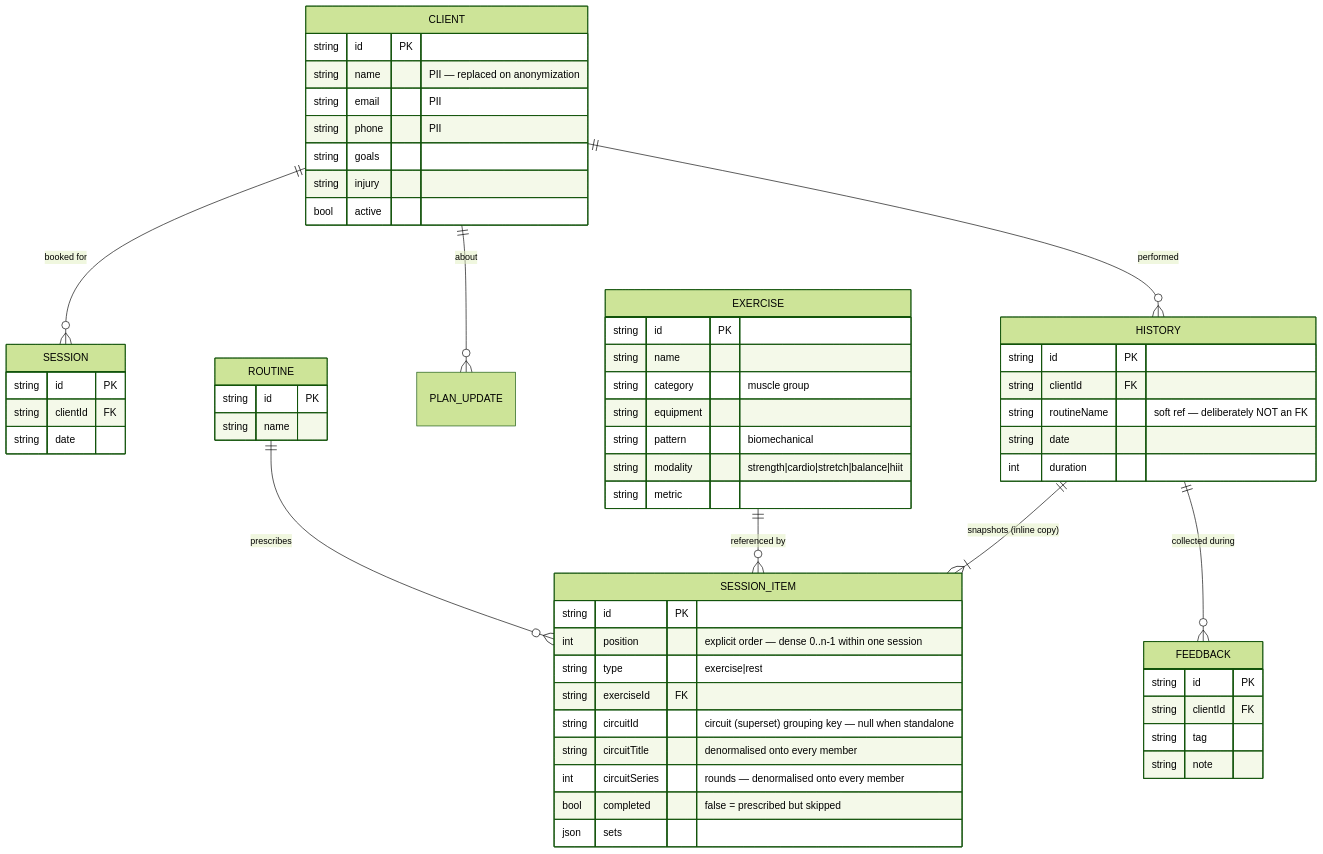
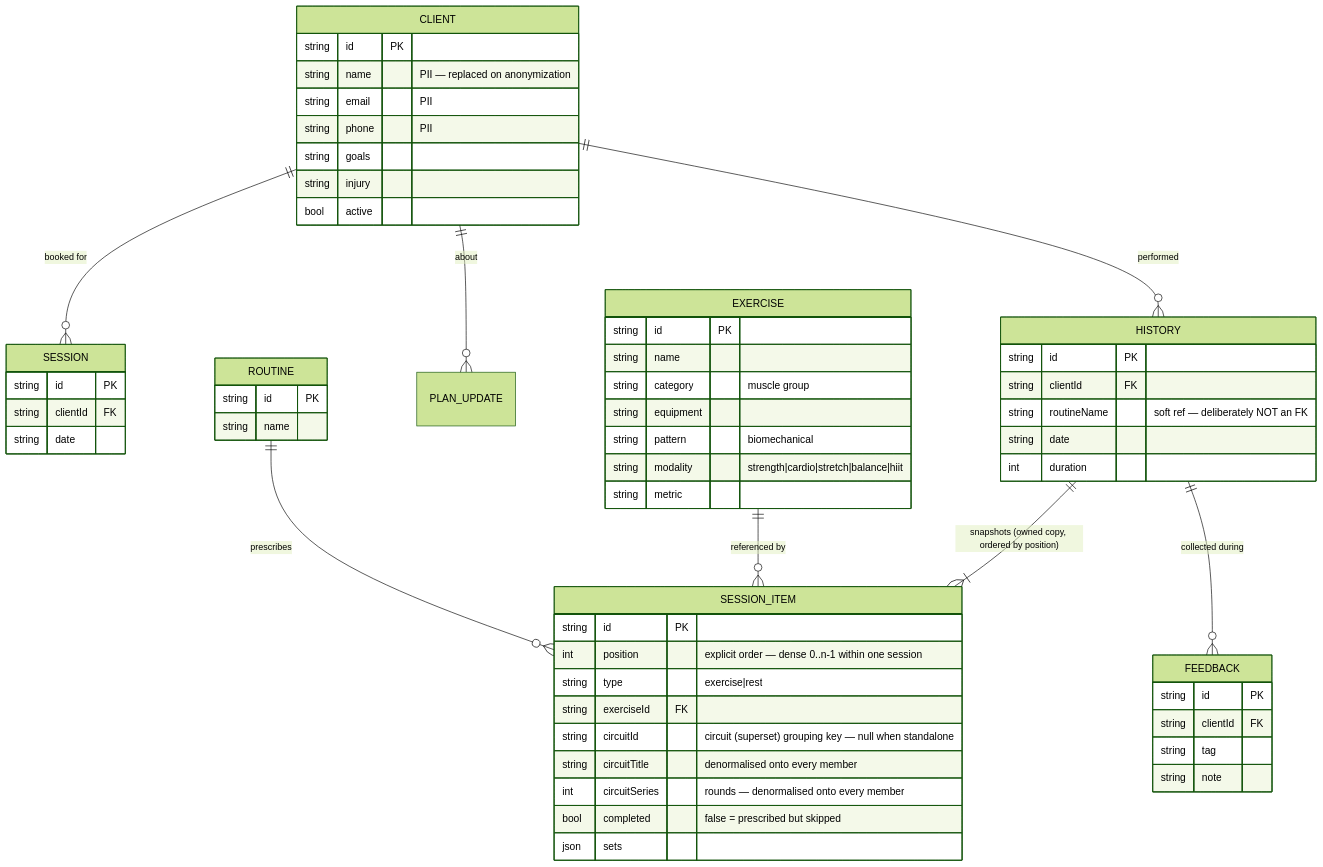
Before and after one commit to stutek/LibrePT: the second of 4 diagrams in docs/DATA_MODEL.md, drawn with Mermaid (forest theme). The commit also changed other lines of this file and 1 other file, not shown here.

````diff
--- a/docs/DATA_MODEL.md
+++ b/docs/DATA_MODEL.md
@@ -95,62 +95,62 @@
 ```mermaid
 erDiagram
     CLIENT ||--o{ SESSION : "booked for"
     CLIENT ||--o{ HISTORY : "performed"
     CLIENT ||--o{ PLAN_UPDATE : "about"
     ROUTINE ||--o{ SESSION_ITEM : "prescribes"
     EXERCISE ||--o{ SESSION_ITEM : "referenced by"
-    HISTORY ||--|{ SESSION_ITEM : "snapshots (inline copy)"
+    HISTORY ||--|{ SESSION_ITEM : "snapshots (owned copy, ordered by position)"
     HISTORY ||--o{ FEEDBACK : "collected during"
 
     CLIENT {
         string id PK
         string name "PII — replaced on anonymization"
         string email "PII"
         string phone "PII"
         string goals
         string injury
         bool active
     }
     EXERCISE {
         string id PK
         string name
         string category "muscle group"
         string equipment
         string pattern "biomechanical"
         string modality "strength|cardio|stretch|balance|hiit"
         string metric
     }
     ROUTINE {
         string id PK
         string name
     }
     SESSION {
         string id PK
         string clientId FK
         string date
     }
     HISTORY {
         string id PK
         string clientId FK
         string routineName "soft ref — deliberately NOT an FK"
         string date
         int duration
     }
     SESSION_ITEM {
         string id PK
         int position "explicit order — dense 0..n-1 within one session"
         string type "exercise|rest"
         string exerciseId FK
         string circuitId "circuit (superset) grouping key — null when standalone"
         string circuitTitle "denormalised onto every member"
         int circuitSeries "rounds — denormalised onto every member"
         bool completed "false = prescribed but skipped"
         json sets
     }
     FEEDBACK {
         string id PK
         string clientId FK
         string tag
         string note
     }
 ```
````
